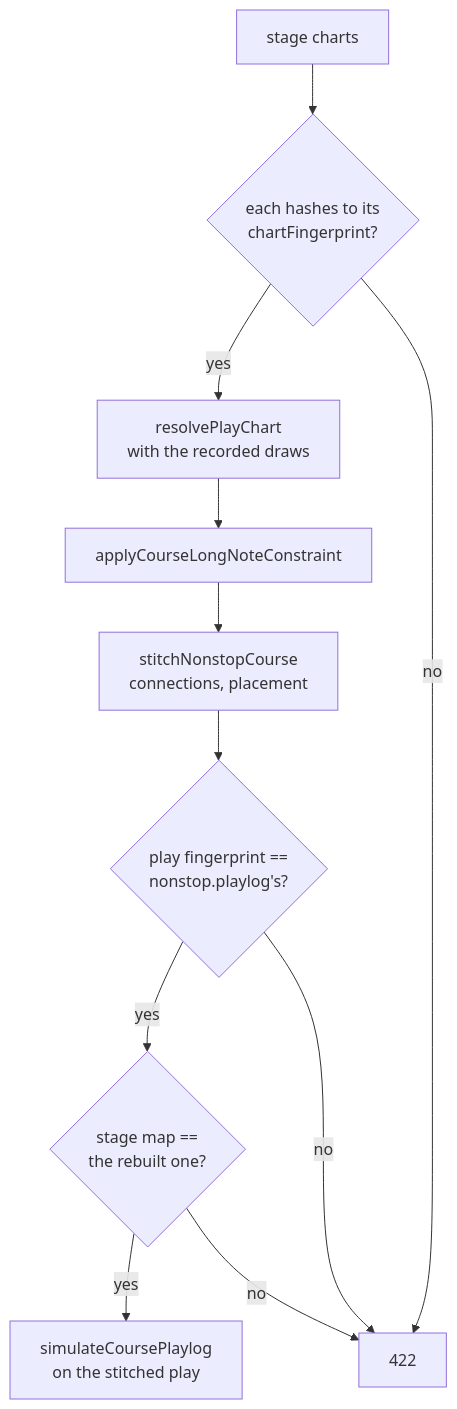
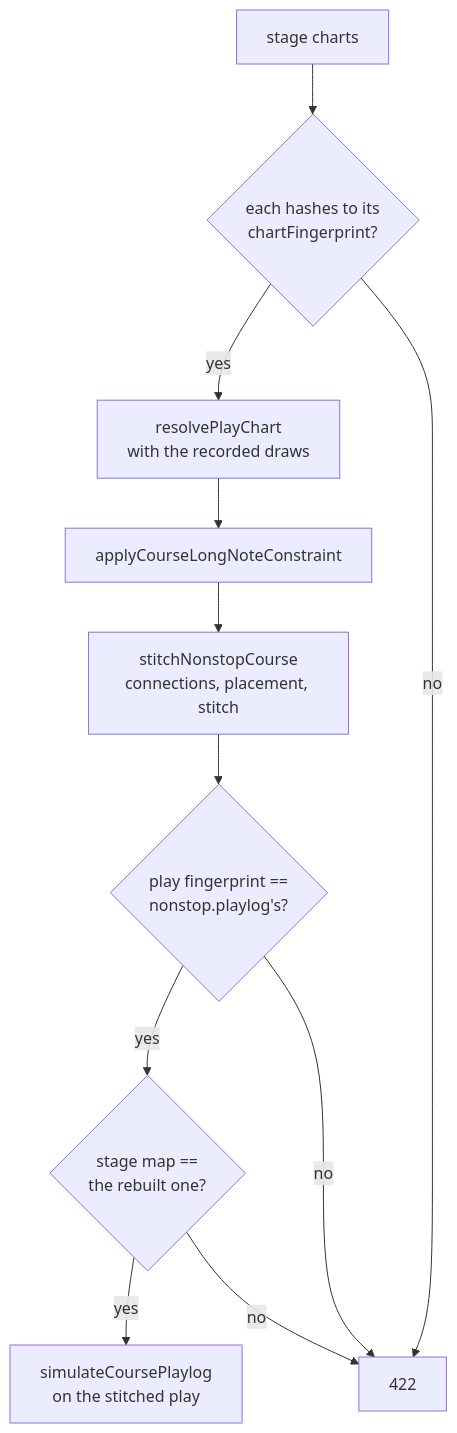
One commit to nulltask/be-music changed the third of 3 diagrams in docs/leaderboard.md. Above: the diagram before and after it, drawn with Mermaid. The commit also changed other lines of this file and 14 other files, not shown here.

Commit message:
feat(player): record the NONSTOP stitching rule version in course play logs

````diff
--- a/docs/leaderboard.md
+++ b/docs/leaderboard.md
@@ -349,13 +350,13 @@
 ```mermaid
 flowchart TD
   charts["stage charts"] --> fp{"each hashes to its<br/>chartFingerprint?"}
   fp -->|yes| resolve["resolvePlayChart<br/>with the recorded draws"]
   resolve --> ln["applyCourseLongNoteConstraint"]
-  ln --> stitch["stitchNonstopCourse<br/>connections, placement"]
+  ln --> stitch["stitchNonstopCourse<br/>connections, placement, stitch"]
   stitch --> same{"play fingerprint ==<br/>nonstop.playlog's?"}
   same -->|yes| map{"stage map ==<br/>the rebuilt one?"}
   map -->|yes| sim["simulateCoursePlaylog<br/>on the stitched play"]
   fp -->|no| refuse["422"]
   same -->|no| refuse
   map -->|no| refuse
 ```
````
